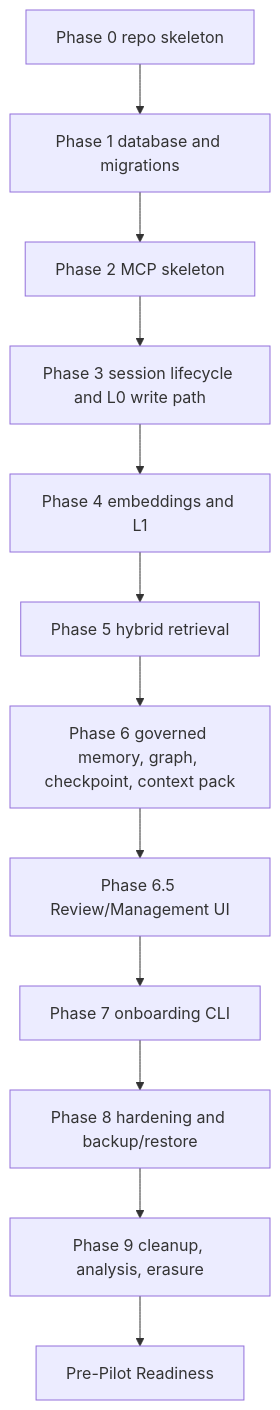
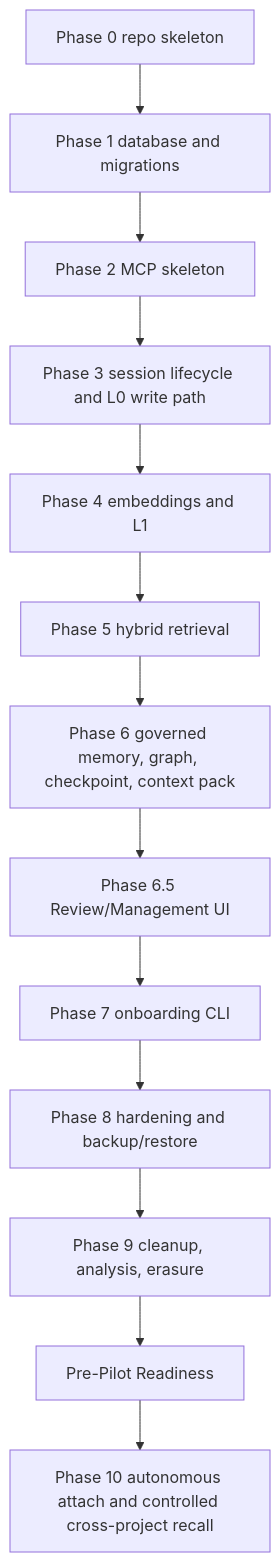
The diagram in docs/TASK_GRAPH.md (Mushkrot/Recallant), drawn with Mermaid before and after one commit. The commit also changed other lines of this file and 28 other files, not shown here.

Commit message:
Document autonomous attach and cross-project recall

````diff
--- a/docs/TASK_GRAPH.md
+++ b/docs/TASK_GRAPH.md
@@ -5,18 +5,19 @@
 ```mermaid
 flowchart TD
   P0[Phase 0 repo skeleton]
   P1[Phase 1 database and migrations]
   P2[Phase 2 MCP skeleton]
   P3[Phase 3 session lifecycle and L0 write path]
   P4[Phase 4 embeddings and L1]
   P5[Phase 5 hybrid retrieval]
   P6[Phase 6 governed memory, graph, checkpoint, context pack]
   P65[Phase 6.5 Review/Management UI]
   P7[Phase 7 onboarding CLI]
   P8[Phase 8 hardening and backup/restore]
   P9[Phase 9 cleanup, analysis, erasure]
   PPR[Pre-Pilot Readiness]
+  P10[Phase 10 autonomous attach and controlled cross-project recall]
 
   P0 --> P1 --> P2 --> P3 --> P4 --> P5 --> P6 --> P65 --> P7 --> P8 --> P9
-  P9 --> PPR
+  P9 --> PPR --> P10
 ```
````
